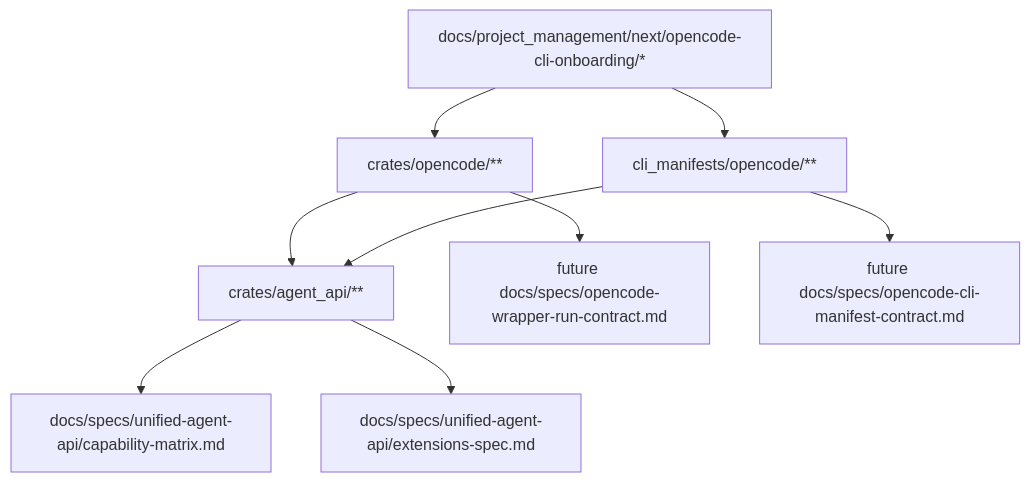
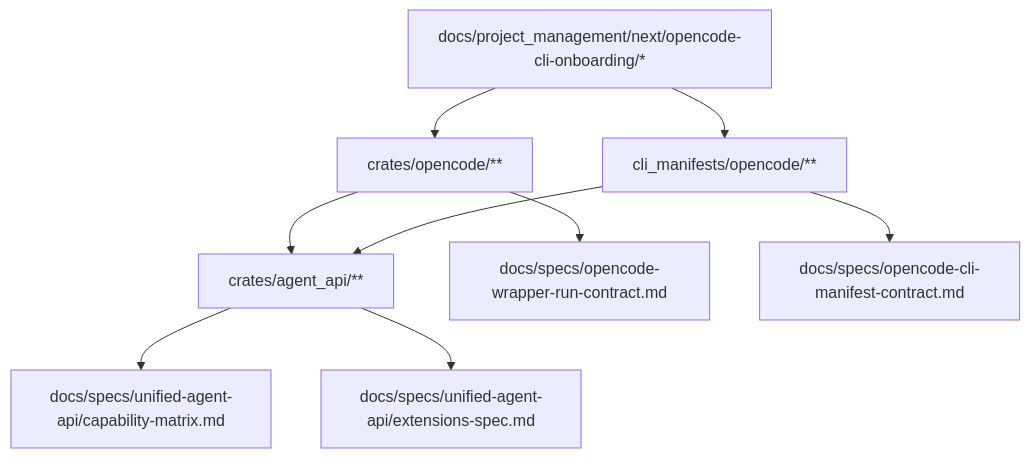
Before and after one commit to atomize-hq/unified-agent-api: the third of 3 diagrams in docs/project_management/next/opencode-cli-onboarding/review_surfaces.md, drawn with Mermaid. The commit also changed 7 other files, not shown here.

````diff
--- a/docs/project_management/next/opencode-cli-onboarding/review_surfaces.md
+++ b/docs/project_management/next/opencode-cli-onboarding/review_surfaces.md
@@ -37,11 +37,11 @@
 ```mermaid
 flowchart TB
   Plan["docs/project_management/next/opencode-cli-onboarding/*"] --> Wrapper["crates/opencode/**"]
   Plan --> Manifest["cli_manifests/opencode/**"]
   Wrapper --> Backend["crates/agent_api/**"]
   Manifest --> Backend
   Backend --> Matrix["docs/specs/unified-agent-api/capability-matrix.md"]
   Backend --> Ext["docs/specs/unified-agent-api/extensions-spec.md"]
-  Wrapper --> Contract["future docs/specs/opencode-wrapper-run-contract.md"]
-  Manifest --> ManifestContract["future docs/specs/opencode-cli-manifest-contract.md"]
+  Wrapper --> Contract["docs/specs/opencode-wrapper-run-contract.md"]
+  Manifest --> ManifestContract["docs/specs/opencode-cli-manifest-contract.md"]
 ```
````
